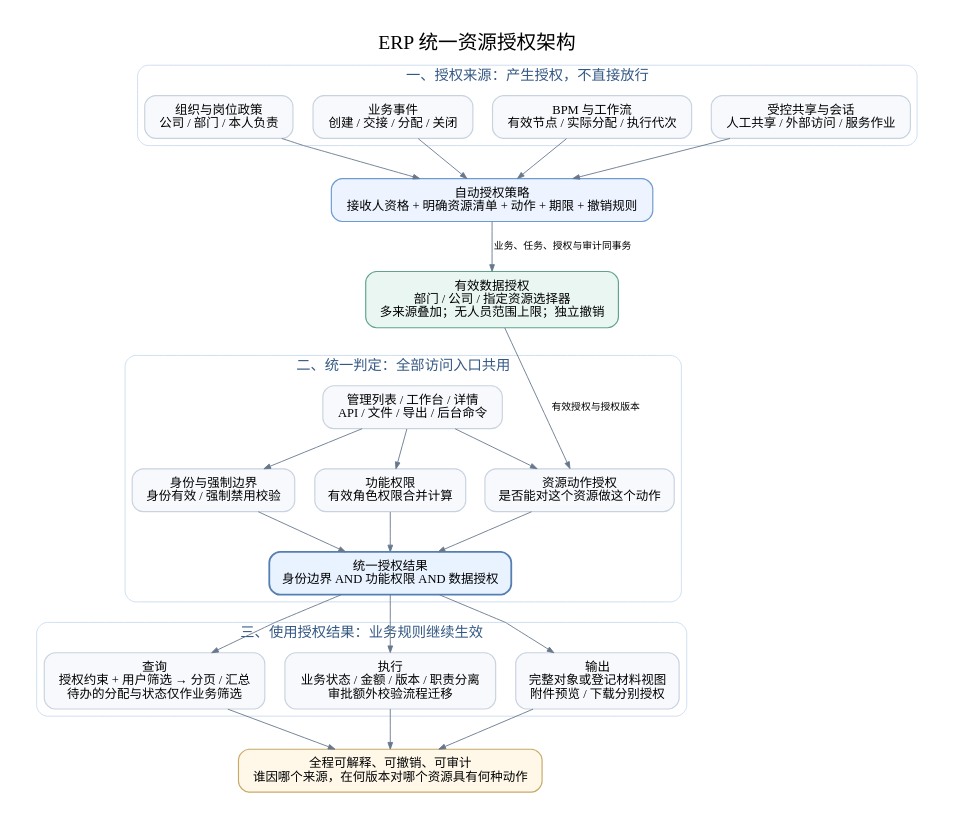
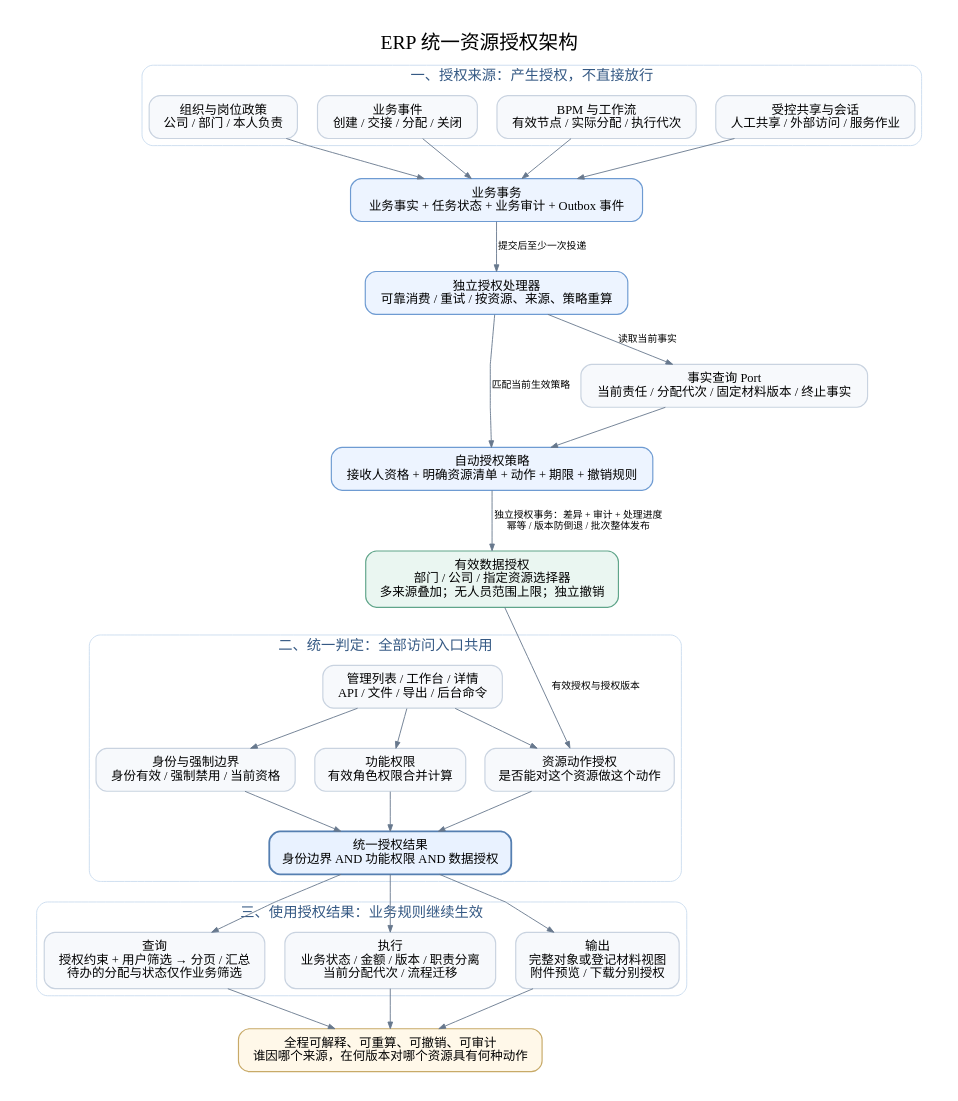
Before and after one commit to mztlive/erp: the diagram in docs/assets/resource-authorization-architecture.dot, drawn with Graphviz. The commit also changed 2 other files, not shown here.

```diff
--- a/docs/assets/resource-authorization-architecture.dot
+++ b/docs/assets/resource-authorization-architecture.dot
@@ -1,46 +1,53 @@
 digraph resourceAuthorization {
   graph [rankdir=TB, bgcolor="#ffffff", pad="0.35", nodesep="0.30", ranksep="0.60", fontname="PingFang SC", fontsize=22, label="ERP 统一资源授权架构", labelloc=t, splines=polyline];
   node [shape=box, style="rounded,filled", fillcolor="#f7f9fc", color="#c9d3e0", fontname="PingFang SC", fontsize=14, margin="0.18,0.12", penwidth=1.3];
   edge [fontname="PingFang SC", fontsize=11, color="#67788d", arrowsize=0.75];
 
   subgraph clusterSources {
     label="一、授权来源：产生授权，不直接放行";
     fontsize=16; fontcolor="#355984"; color="#c9dbef"; style="rounded";
     scope [label="组织与岗位政策\n公司 / 部门 / 本人负责"];
     business [label="业务事件\n创建 / 交接 / 分配 / 关闭"];
     bpm [label="BPM 与工作流\n有效节点 / 实际分配 / 执行代次"];
     sharing [label="受控共享与会话\n人工共享 / 外部访问 / 服务作业"];
     {rank=same; scope; business; bpm; sharing;}
   }
   policy [label="自动授权策略\n接收人资格 + 明确资源清单 + 动作 + 期限 + 撤销规则", fillcolor="#edf4ff", color="#6e9bd2"];
-  scope -> policy; business -> policy; bpm -> policy; sharing -> policy;
+  outbox [label="业务事务\n业务事实 + 任务状态 + 业务审计 + Outbox 事件", fillcolor="#edf4ff", color="#6e9bd2"];
+  worker [label="独立授权处理器\n可靠消费 / 重试 / 按资源、来源、策略重算", fillcolor="#edf4ff", color="#6e9bd2"];
+  facts [label="事实查询 Port\n当前责任 / 分配代次 / 固定材料版本 / 终止事实"];
+  scope -> outbox; business -> outbox; bpm -> outbox; sharing -> outbox;
+  outbox -> worker [label="提交后至少一次投递"];
+  worker -> facts [label="读取当前事实"];
+  facts -> policy;
+  worker -> policy [label="匹配当前生效策略"];
   grants [label="有效数据授权\n部门 / 公司 / 指定资源选择器\n多来源叠加；无人员范围上限；独立撤销", fillcolor="#eaf6f1", color="#60a58a"];
-  policy -> grants [label="业务、任务、授权与审计同事务"];
+  policy -> grants [label="独立授权事务：差异 + 审计 + 处理进度\n幂等 / 版本防倒退 / 批次整体发布"];
 
   subgraph clusterAccess {
     label="二、统一判定：全部访问入口共用";
     fontsize=16; fontcolor="#355984"; color="#c9dbef"; style="rounded";
     request [label="管理列表 / 工作台 / 详情\nAPI / 文件 / 导出 / 后台命令"];
-    identity [label="身份与强制边界\n身份有效 / 强制禁用校验"];
+    identity [label="身份与强制边界\n身份有效 / 强制禁用 / 当前资格"];
     capability [label="功能权限\n有效角色权限合并计算"];
     dataCheck [label="资源动作授权\n是否能对这个资源做这个动作"];
     decision [label="统一授权结果\n身份边界 AND 功能权限 AND 数据授权", fillcolor="#e9f2ff", color="#557fb1", penwidth=2];
     {rank=same; identity; capability; dataCheck;}
     request -> identity; request -> capability; request -> dataCheck;
     identity -> decision; capability -> decision; dataCheck -> decision;
   }
   grants -> dataCheck [label="有效授权与授权版本"];
   grants -> request [style=invis];
 
   subgraph clusterUse {
     label="三、使用授权结果：业务规则继续生效";
     fontsize=16; fontcolor="#355984"; color="#c9dbef"; style="rounded";
     query [label="查询\n授权约束 + 用户筛选 → 分页 / 汇总\n待办的分配与状态仅作业务筛选"];
-    command [label="执行\n业务状态 / 金额 / 版本 / 职责分离\n审批额外校验流程迁移"];
+    command [label="执行\n业务状态 / 金额 / 版本 / 职责分离\n当前分配代次 / 流程迁移"];
     material [label="输出\n完整对象或登记材料视图\n附件预览 / 下载分别授权"];
     {rank=same; query; command; material;}
   }
   decision -> query; decision -> command; decision -> material;
-  audit [label="全程可解释、可撤销、可审计\n谁因哪个来源，在何版本对哪个资源具有何种动作", fillcolor="#fff8e9", color="#c8aa68"];
+  audit [label="全程可解释、可重算、可撤销、可审计\n谁因哪个来源，在何版本对哪个资源具有何种动作", fillcolor="#fff8e9", color="#c8aa68"];
   query -> audit; command -> audit; material -> audit;
 }
```
